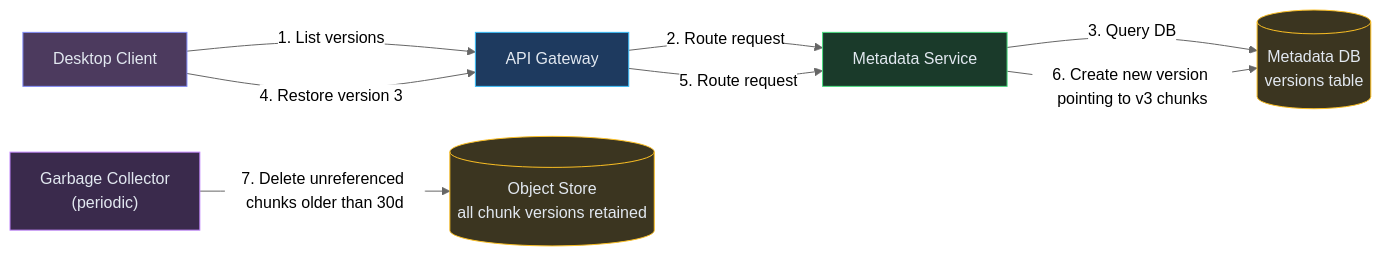
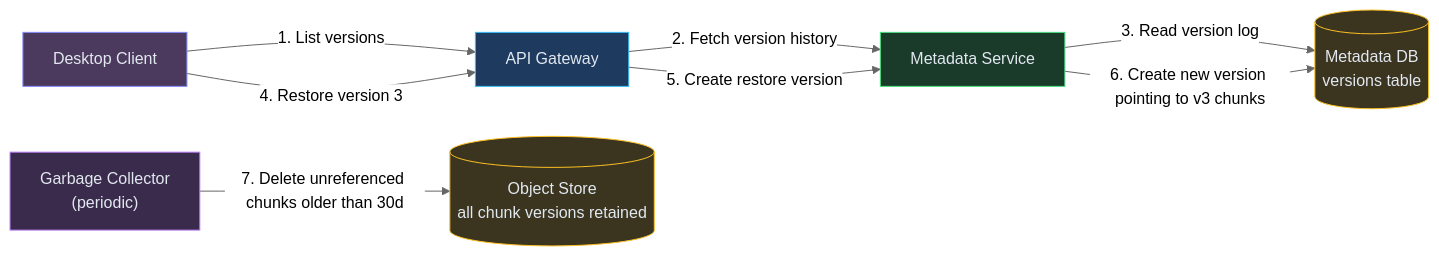
The fourth of 7 diagrams in content/hld/Dropbox.md (iluzn/HLD-Designs), drawn with Mermaid (neutral theme) before and after one commit. The commit also changed other lines of this file and 27 other files, not shown here.

````diff
--- a/content/hld/Dropbox.md
+++ b/content/hld/Dropbox.md
@@ -259,23 +259,23 @@
 ```mermaid
 flowchart LR
     CLIENT["Desktop Client"]:::client
     API["API Gateway"]:::edge
     META["Metadata Service"]:::service
     METADB[("Metadata DB<br/>versions table")]:::data
     OBJSTORE[("Object Store<br/>all chunk versions retained")]:::data
     GC["Garbage Collector<br/>(periodic)"]:::async
 
     CLIENT -->|"1. List versions"| API
-    API -->|"2. Route request"| META
-    META -->|"3. Query DB"| METADB
+    API -->|"2. Fetch version history"| META
+    META -->|"3. Read version log"| METADB
     CLIENT -->|"4. Restore version 3"| API
-    API -->|"5. Route request"| META
+    API -->|"5. Create restore version"| META
     META -->|"6. Create new version pointing to v3 chunks"| METADB
     GC -->|"7. Delete unreferenced chunks older than 30d"| OBJSTORE
 
     classDef client fill:#4c3a5e,stroke:#818cf8,color:#e2e8f0
     classDef edge fill:#1e3a5f,stroke:#38bdf8,color:#e2e8f0
     classDef service fill:#1a3a2a,stroke:#4ade80,color:#e2e8f0
     classDef data fill:#3b3520,stroke:#fbbf24,color:#e2e8f0
     classDef async fill:#3a2a4c,stroke:#c084fc,color:#e2e8f0
 ```
````
